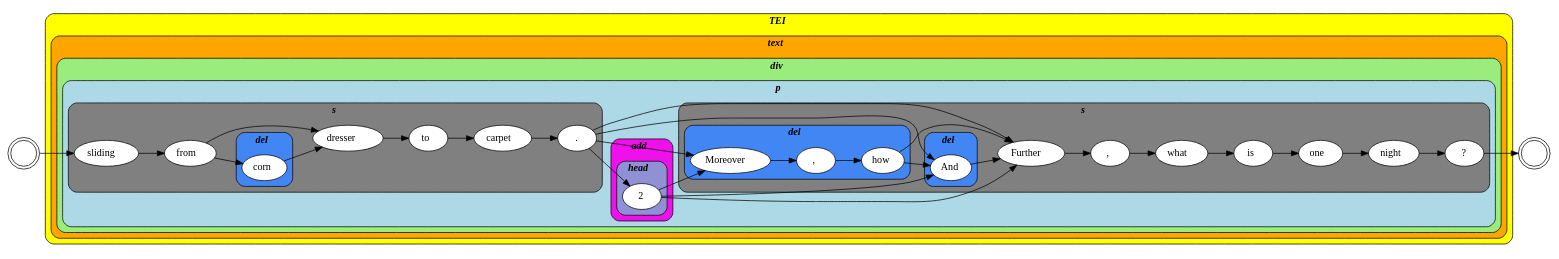
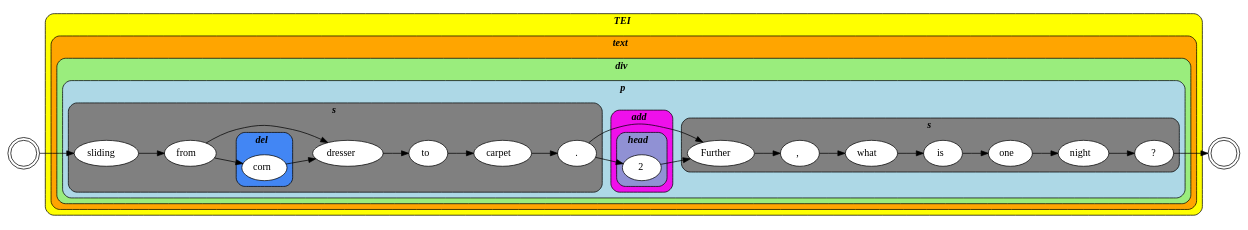
Before and after one commit to HuygensING/hyper-collate: the diagram in doc/nla-433/2-corrected/variation-in-structure-1.dot, drawn with Graphviz. The commit also changed 5 other files, not shown here.

```diff
--- a/doc/nla-433/2-corrected/variation-in-structure-1.dot
+++ b/doc/nla-433/2-corrected/variation-in-structure-1.dot
@@ -1,94 +1,78 @@
 digraph VariantWitnessGraph{
   graph [rankdir=LR]
   node [style="filled";fillcolor="white"]
   begin [label="";shape=doublecircle,rank=middle]
   subgraph cluster_0 {
     label=<<i><b>TEI</b></i>>
     graph[style="rounded,filled";fillcolor="yellow"]
     subgraph cluster_1 {
       label=<<i><b>text</b></i>>
       graph[style="rounded,filled";fillcolor="orange"]
       subgraph cluster_2 {
         label=<<i><b>div</b></i>>
         graph[style="rounded,filled";fillcolor="#9aed7d"]
         subgraph cluster_3 {
           label=<<i><b>p</b></i>>
           graph[style="rounded,filled";fillcolor="lightblue"]
           subgraph cluster_4 {
             label=<<i><b>s</b></i>>
             graph[style="rounded,filled";fillcolor="grey"]
             IHD_001 [label=<sliding&nbsp;>]
             IHD_002 [label=<from&nbsp;>]
             subgraph cluster_5 {
               label=<<i><b>del</b></i>>
               graph[style="rounded,filled";fillcolor="#4286f4"]
               IHD_003 [label=<corn>]
             }
             IHD_005 [label=<dresser&nbsp;>]
             IHD_006 [label=<to&nbsp;>]
             IHD_007 [label=<carpet>]
             IHD_008 [label=<.>]
           }
           subgraph cluster_6 {
             label=<<i><b>add</b></i>>
             graph[style="rounded,filled";fillcolor="#ef10eb"]
             subgraph cluster_7 {
               label=<<i><b>head</b></i>>
               graph[style="rounded,filled";fillcolor="#9091D4"]
               IHD_009 [label=<2>]
             }
           }
           subgraph cluster_8 {
             label=<<i><b>s</b></i>>
             graph[style="rounded,filled";fillcolor="grey"]
-            subgraph cluster_9 {
-              label=<<i><b>del</b></i>>
-              graph[style="rounded,filled";fillcolor="#4286f4"]
-              IHD_010 [label=<Moreover>]
-              IHD_011 [label=<,&nbsp;>]
-              IHD_012 [label=<how>]
-            }
-            subgraph cluster_10 {
-              label=<<i><b>del</b></i>>
-              graph[style="rounded,filled";fillcolor="#4286f4"]
-              IHD_013 [label=<And>]
-            }
             IHD_015 [label=<Further>]
             IHD_016 [label=<,&nbsp;>]
             IHD_017 [label=<what&nbsp;>]
             IHD_018 [label=<is&nbsp;>]
             IHD_019 [label=<one&nbsp;>]
             IHD_020 [label=<night>]
             IHD_021 [label=<?>]
           }
         }
       }
     }
   }
   end [label="";shape=doublecircle,rank=middle]
 
   #         sliding    from
   begin ->  IHD_001 -> IHD_002
 
   # from       corn     dresser
   IHD_002 -> { IHD_003, IHD_005 }
 
   # corn     dresser    to         carpet     .
   IHD_003 -> IHD_005 -> IHD_006 -> IHD_007 -> IHD_008
 
-  # .          2        Moreover And      Further
-  IHD_008 -> { IHD_009, IHD_010, IHD_013, IHD_015 }
+  # .          2         Further
+  IHD_008 -> { IHD_009,  IHD_015 }
 
-  # 2          Moreover And      Further
-  IHD_009 -> { IHD_010, IHD_013, IHD_015 }
+  # 2               Further
+  IHD_009 ->  IHD_015
 
-  # Moreover .          how
-  IHD_010 -> IHD_011 -> IHD_012
 
-  # how        And      Further
-  IHD_012 -> { IHD_013, IHD_015 }
 
-  # And      Further    ,          what       is         one        night      ?
-  IHD_013 -> IHD_015 -> IHD_016 -> IHD_017 -> IHD_018 -> IHD_019 -> IHD_020 -> IHD_021 -> end
+  # Further    ,          what       is         one        night      ?
+  IHD_015 -> IHD_016 -> IHD_017 -> IHD_018 -> IHD_019 -> IHD_020 -> IHD_021 -> end
 
 }
```
